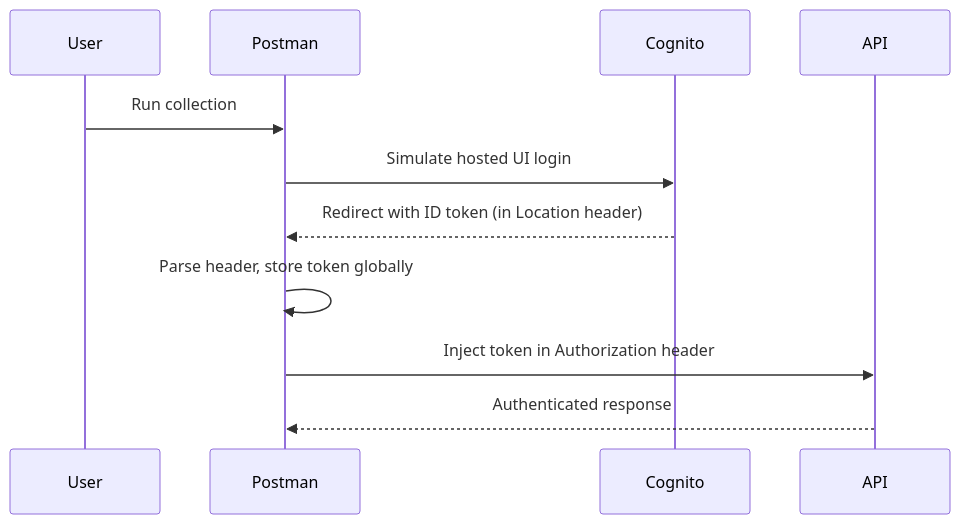
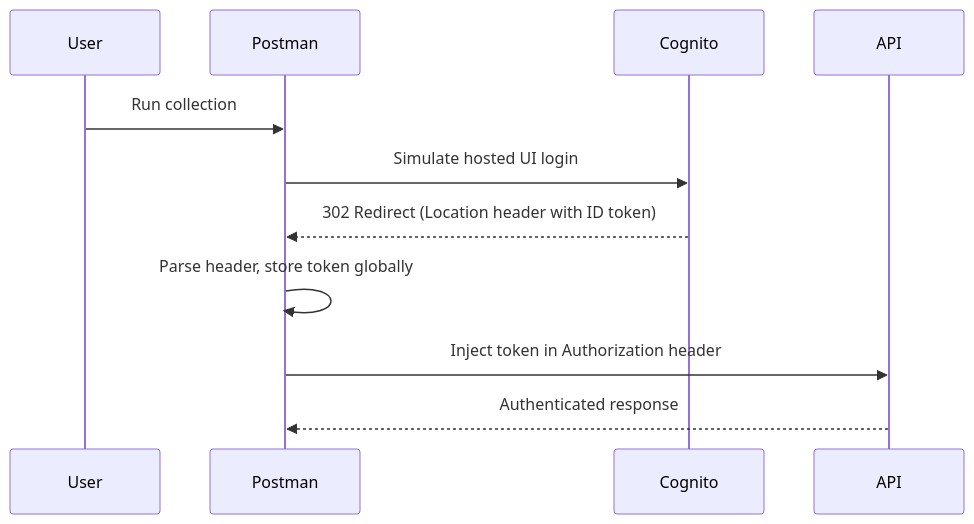
The diagram in README.md (s-badran/postman-cognito-automation), drawn with Mermaid before and after one commit. The commit also changed other lines of this file and 4 other files, not shown here.

````diff
--- a/README.md
+++ b/README.md
@@ -23,14 +23,14 @@
 ```mermaid
 sequenceDiagram
   participant User
   participant Postman
   participant Cognito
   participant API
 
   User->>Postman: Run collection
   Postman->>Cognito: Simulate hosted UI login
-  Cognito-->>Postman: Redirect with ID token (in Location header)
+  Cognito-->>Postman: 302 Redirect (Location header with ID token)
   Postman->>Postman: Parse header, store token globally
   Postman->>API: Inject token in Authorization header
   API-->>Postman: Authenticated response
 ```
````
